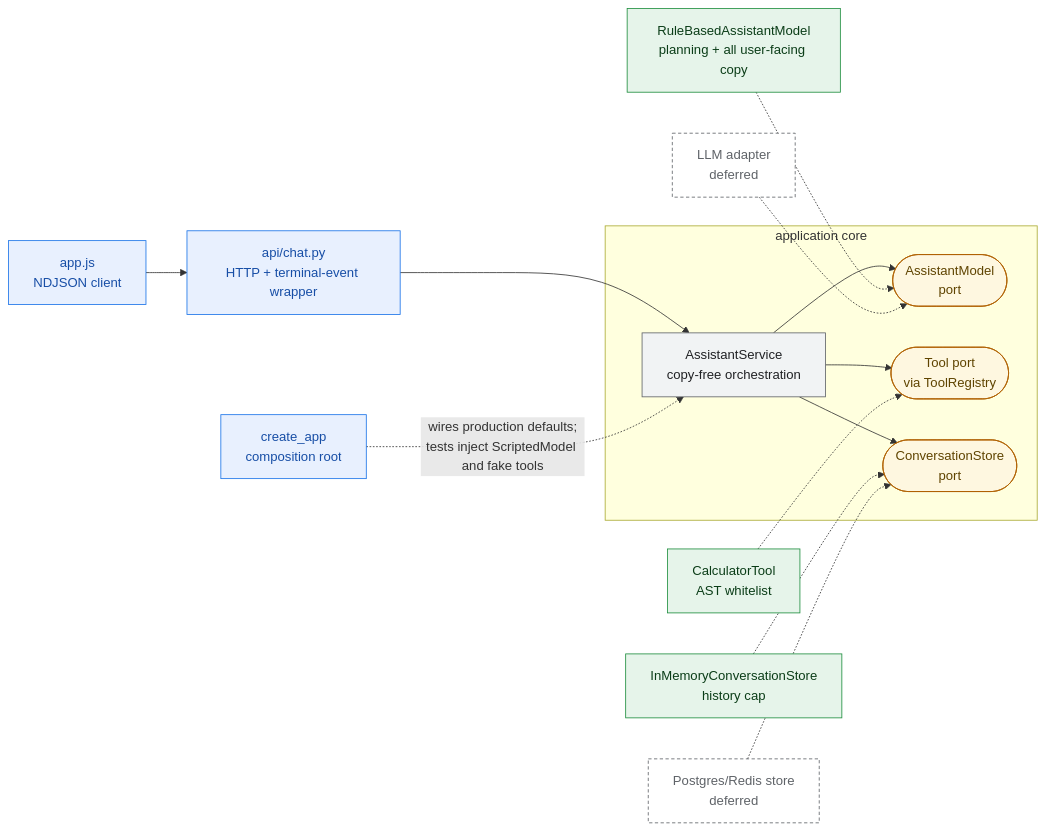
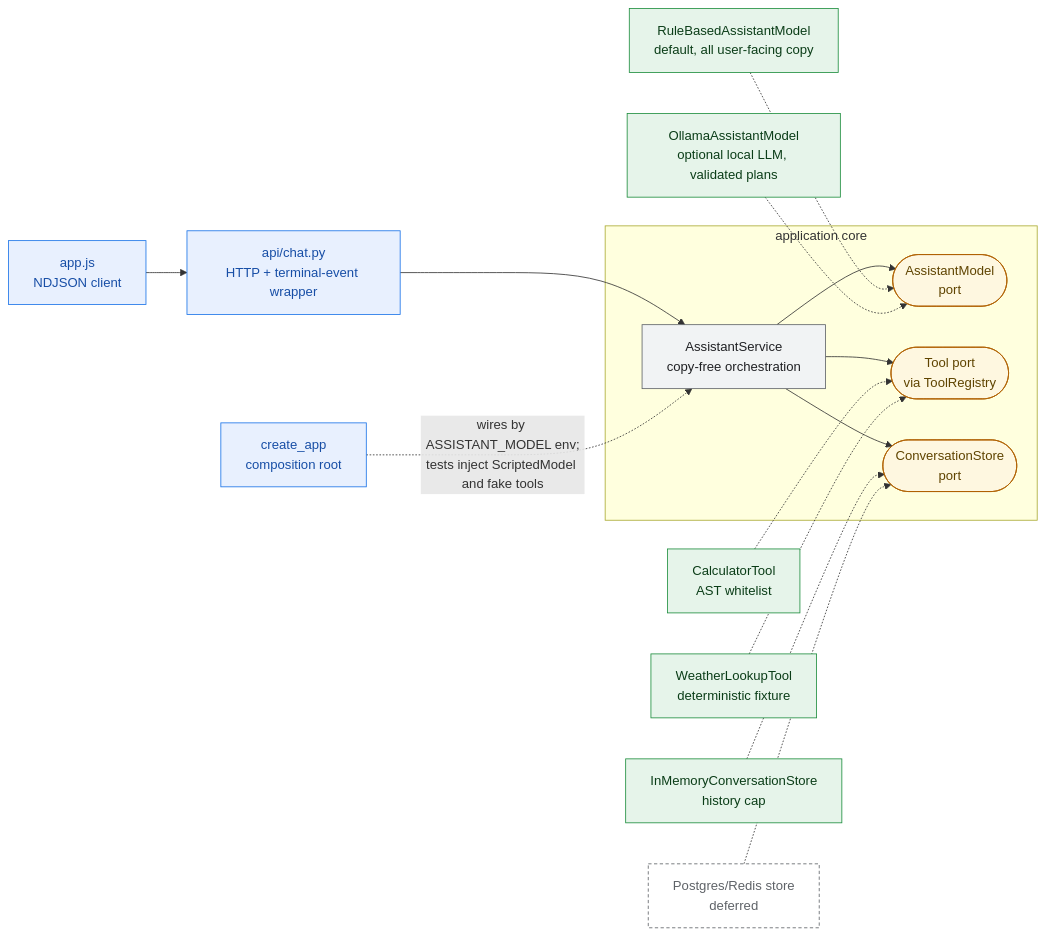
Before and after one commit to wesammustafa/streaming-chat-agent: the second of 3 diagrams in DESIGN.md, drawn with Mermaid. The commit also changed other lines of this file and 1 other file, not shown here.

Commit message:
docs: document deterministic and ollama model modes

````diff
--- a/DESIGN.md
+++ b/DESIGN.md
@@ -95,30 +99,31 @@
 ```mermaid
 flowchart LR
   classDef driver fill:#e8f0fe,stroke:#1a73e8,color:#174ea6;
   classDef core fill:#f1f3f4,stroke:#5f6368,color:#202124;
   classDef port fill:#fef7e0,stroke:#b06000,color:#5f4400;
   classDef adapter fill:#e6f4ea,stroke:#1e8e3e,color:#0b3d18;
   classDef deferred fill:#ffffff,stroke:#5f6368,color:#5f6368,stroke-dasharray:4 3;
 
   JS[app.js<br/>NDJSON client]:::driver --> API[api/chat.py<br/>HTTP + terminal-event wrapper]:::driver
 
   subgraph CORE [application core]
     SVC[AssistantService<br/>copy-free orchestration]:::core
     PM([AssistantModel<br/>port]):::port
     PT([Tool port<br/>via ToolRegistry]):::port
     PS([ConversationStore<br/>port]):::port
     SVC --> PM
     SVC --> PT
     SVC --> PS
   end
 
   API --> SVC
 
-  RB[RuleBasedAssistantModel<br/>planning + all user-facing copy]:::adapter -.-> PM
-  LLM[LLM adapter<br/>deferred]:::deferred -.-> PM
+  RB[RuleBasedAssistantModel<br/>default, all user-facing copy]:::adapter -.-> PM
+  OL[OllamaAssistantModel<br/>optional local LLM, validated plans]:::adapter -.-> PM
   CALC[CalculatorTool<br/>AST whitelist]:::adapter -.-> PT
+  WX[WeatherLookupTool<br/>deterministic fixture]:::adapter -.-> PT
   IM[InMemoryConversationStore<br/>history cap]:::adapter -.-> PS
   PG[Postgres/Redis store<br/>deferred]:::deferred -.-> PS
 
-  ROOT[create_app<br/>composition root]:::driver -. wires production defaults;<br/>tests inject ScriptedModel and fake tools .-> SVC
+  ROOT[create_app<br/>composition root]:::driver -. wires by ASSISTANT_MODEL env;<br/>tests inject ScriptedModel and fake tools .-> SVC
 ```
````
